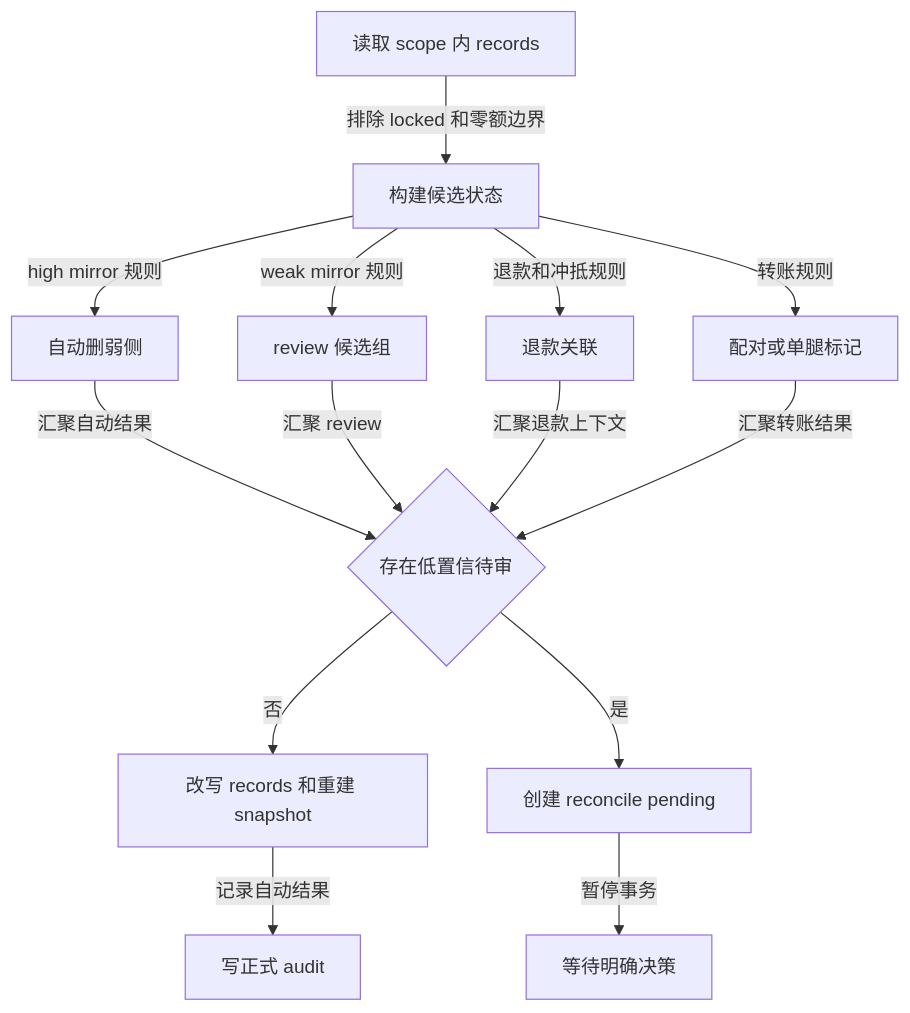
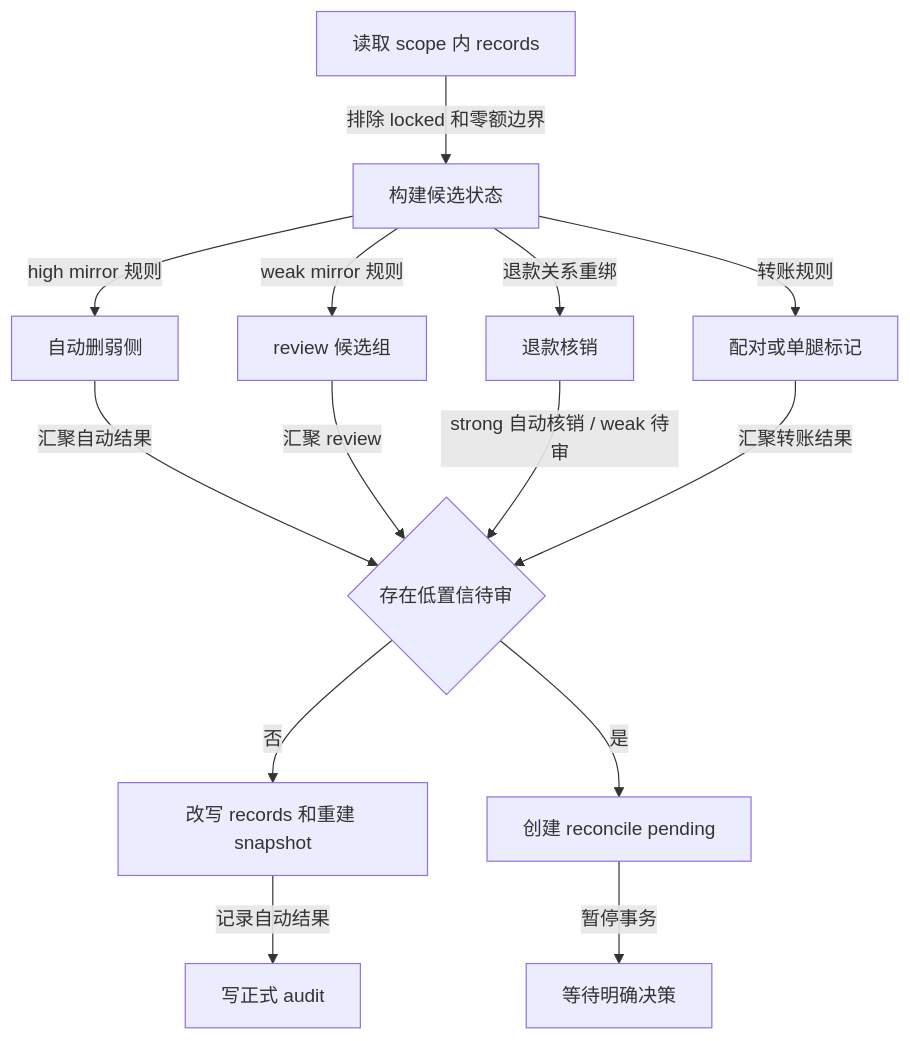
One commit to ssttkkl/finance-tracker changed the fifth of 7 diagrams in docs/import-reconcile-flow.md. Above: the diagram before and after it, drawn with Mermaid. The commit also changed other lines of this file and 2 other files, not shown here.

````diff
--- a/docs/import-reconcile-flow.md
+++ b/docs/import-reconcile-flow.md
@@ -189,16 +189,16 @@
 ```mermaid
 flowchart TD
     A[读取 scope 内 records] -->|排除 locked 和零额边界| B[构建候选状态]
     B -->|high mirror 规则| C[自动删弱侧]
     B -->|weak mirror 规则| D[review 候选组]
-    B -->|退款和冲抵规则| E[退款关联]
+    B -->|退款关系重绑| E[退款核销]
     B -->|转账规则| F[配对或单腿标记]
     C -->|汇聚自动结果| G{存在低置信待审}
     D -->|汇聚 review| G
-    E -->|汇聚退款上下文| G
+    E -->|strong 自动核销 / weak 待审| G
     F -->|汇聚转账结果| G
     G -->|否| H[改写 records 和重建 snapshot]
     G -->|是| I[创建 reconcile pending]
     H -->|记录自动结果| J[写正式 audit]
     I -->|暂停事务| K[等待明确决策]
 ```
````
